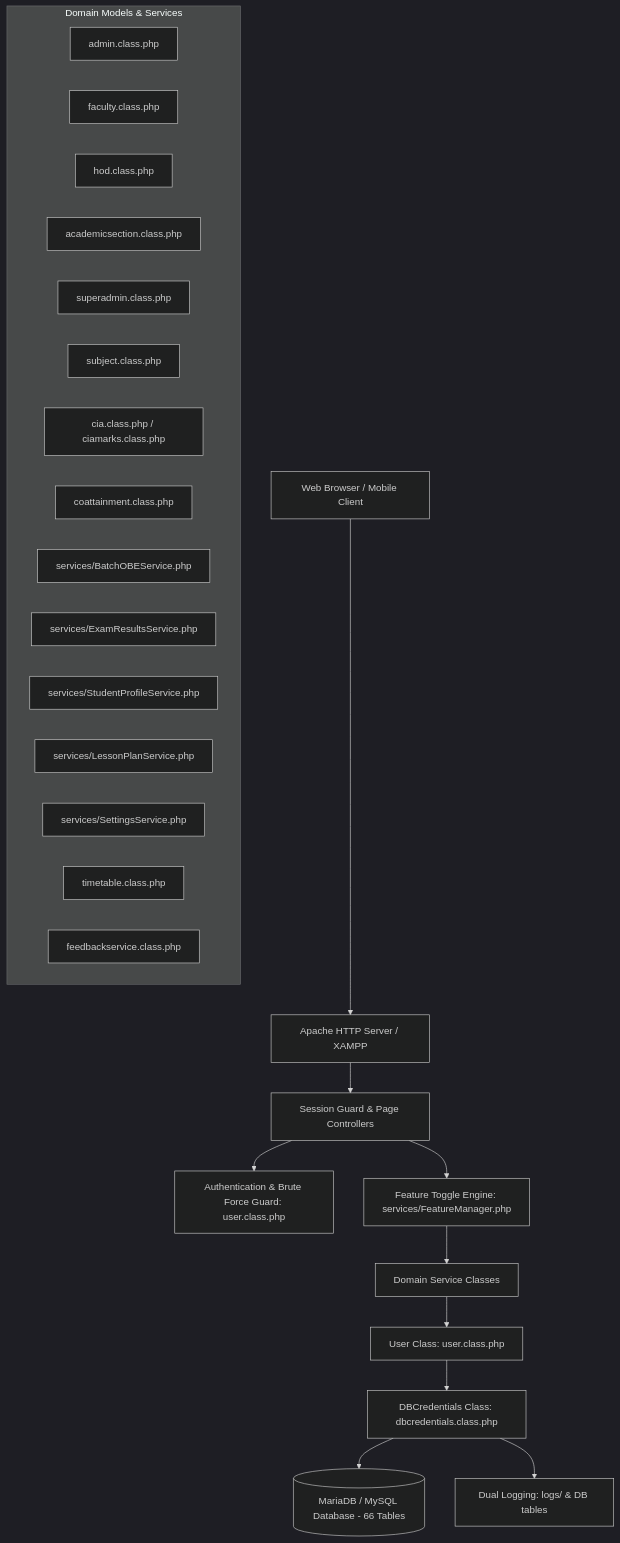
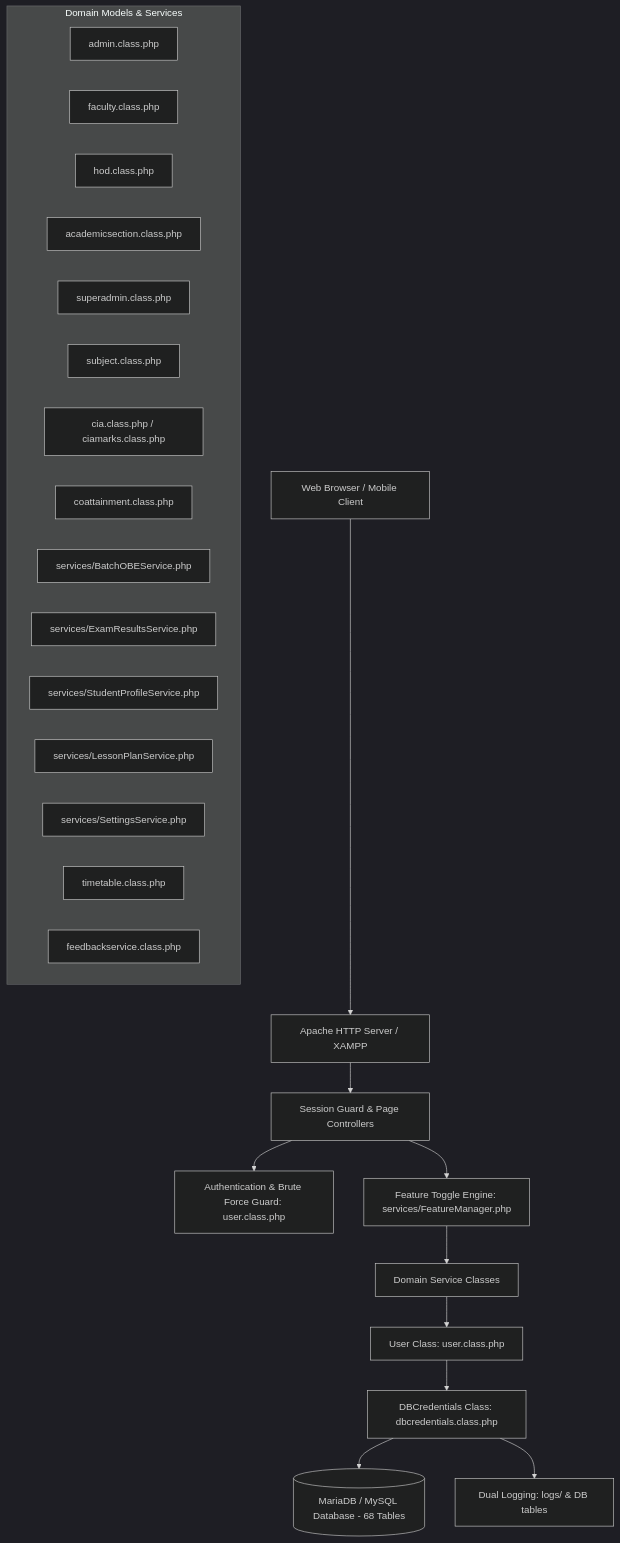
The diagram in docs/README.md (katamanilprojects/sarb_cea), drawn with Mermaid (dark theme) before and after one commit. The commit also changed other lines of this file and 25 other files, not shown here.

````diff
--- a/docs/README.md
+++ b/docs/README.md
@@ -48,31 +49,31 @@
 ```mermaid
 graph TD
     Client[Web Browser / Mobile Client] --> Apache[Apache HTTP Server / XAMPP]
     Apache --> Router[Session Guard & Page Controllers]
     Router --> Auth[Authentication & Brute Force Guard: user.class.php]
     Router --> FeatureGuard[Feature Toggle Engine: services/FeatureManager.php]
     FeatureGuard --> Domain[Domain Service Classes]
     
     subgraph Domain Models & Services
         Admin[admin.class.php]
         Faculty[faculty.class.php]
         HOD[hod.class.php]
         Acad[academicsection.class.php]
         SuperAdmin[superadmin.class.php]
         Subject[subject.class.php]
         CIA[cia.class.php / ciamarks.class.php]
         OBE[coattainment.class.php]
         BatchOBE[services/BatchOBEService.php]
         ExamResults[services/ExamResultsService.php]
         StudentProfile[services/StudentProfileService.php]
         LessonPlan[services/LessonPlanService.php]
         Settings[services/SettingsService.php]
         Timetable[timetable.class.php]
         Feedback[feedbackservice.class.php]
     end
     
     Domain --> BaseUser[User Class: user.class.php]
     BaseUser --> BaseDB[DBCredentials Class: dbcredentials.class.php]
-    BaseDB --> MariaDB[(MariaDB / MySQL Database - 66 Tables)]
+    BaseDB --> MariaDB[(MariaDB / MySQL Database - 68 Tables)]
     BaseDB --> Logs[Dual Logging: logs/ & DB tables]
 ```
````
